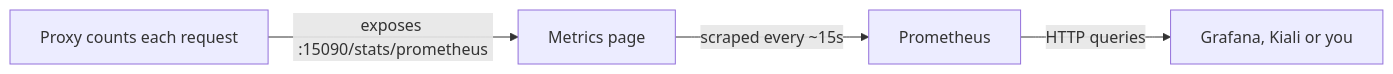
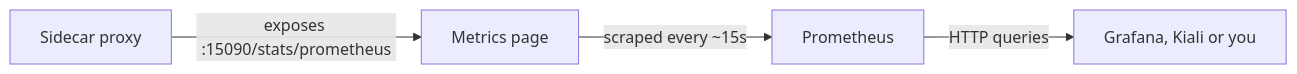
One commit to astrona-io/ATS016 changed the diagram in sections/section-060/module-02/course-01-the-metrics-pipeline.md. Above: the diagram before and after it, drawn with Mermaid. The commit also changed other lines of this file and 41 other files, not shown here.

````diff
--- a/sections/section-060/module-02/course-01-the-metrics-pipeline.md
+++ b/sections/section-060/module-02/course-01-the-metrics-pipeline.md
@@ -9,6 +9,6 @@
 ```mermaid
 flowchart LR
-    P["Proxy counts each request"] -->|"exposes :15090/stats/prometheus"| E["Metrics page"]
+    P["Sidecar proxy"] -->|"exposes :15090/stats/prometheus"| E["Metrics page"]
     E -->|"scraped every ~15s"| PR["Prometheus"]
     PR -->|"HTTP queries"| Q["Grafana, Kiali or you"]
 ```
````
